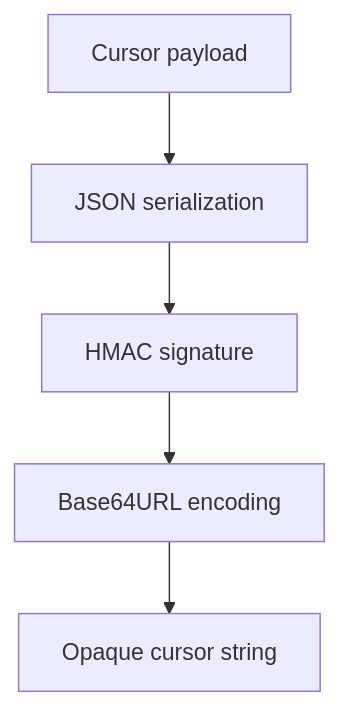
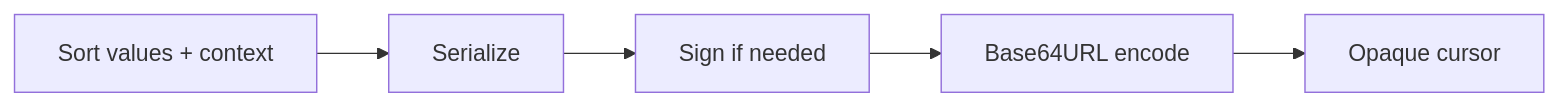
One commit to AvadhBhalodiya/Interview-Preparation changed the second of 2 diagrams in src/content/api-design/pagination-offset-cursor.md. Above: the diagram before and after it, drawn with Mermaid. The commit also changed other lines of this file and 54 other files, not shown here.

````diff
--- a/src/content/api-design/pagination-offset-cursor.md
+++ b/src/content/api-design/pagination-offset-cursor.md
@@ -663,7 +385,7 @@
 ```mermaid
-flowchart TD
-    A[Cursor payload] --> B[JSON serialization]
-    B --> C[HMAC signature]
-    C --> D[Base64URL encoding]
-    D --> E[Opaque cursor string]
+flowchart LR
+    A[Sort values + context] --> B[Serialize]
+    B --> C[Sign if needed]
+    C --> D[Base64URL encode]
+    D --> E[Opaque cursor]
 ```
````
